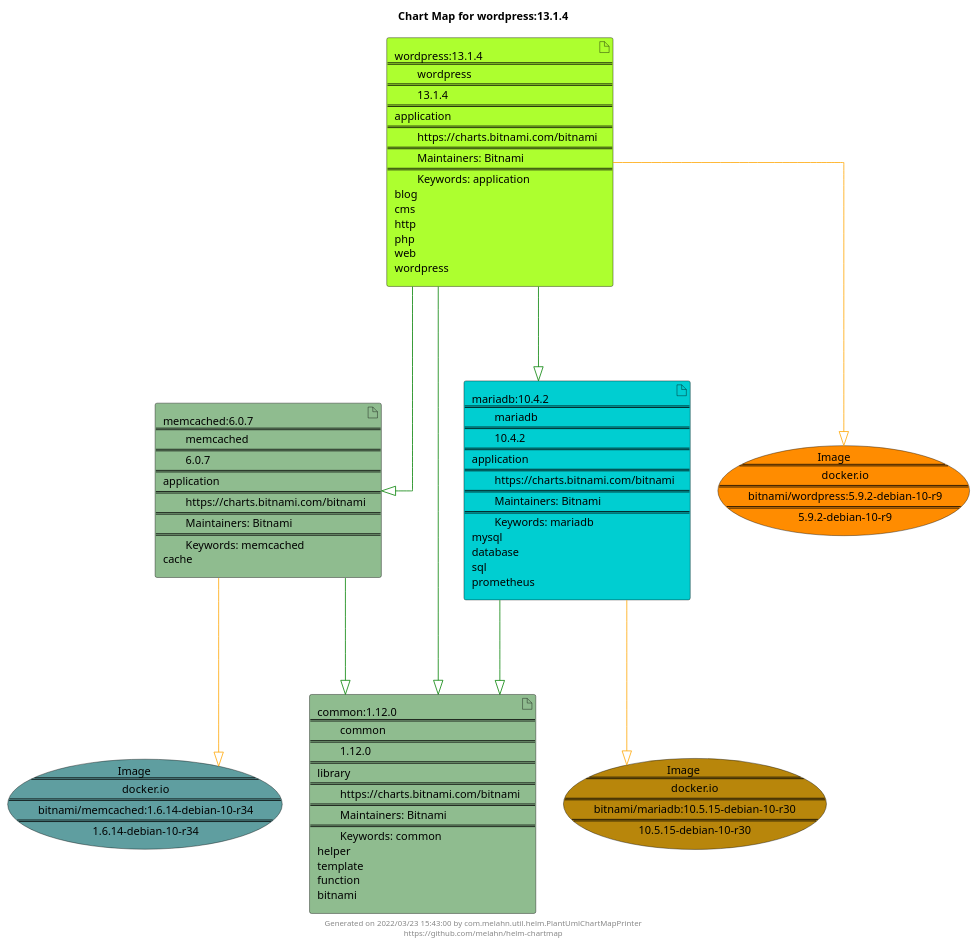
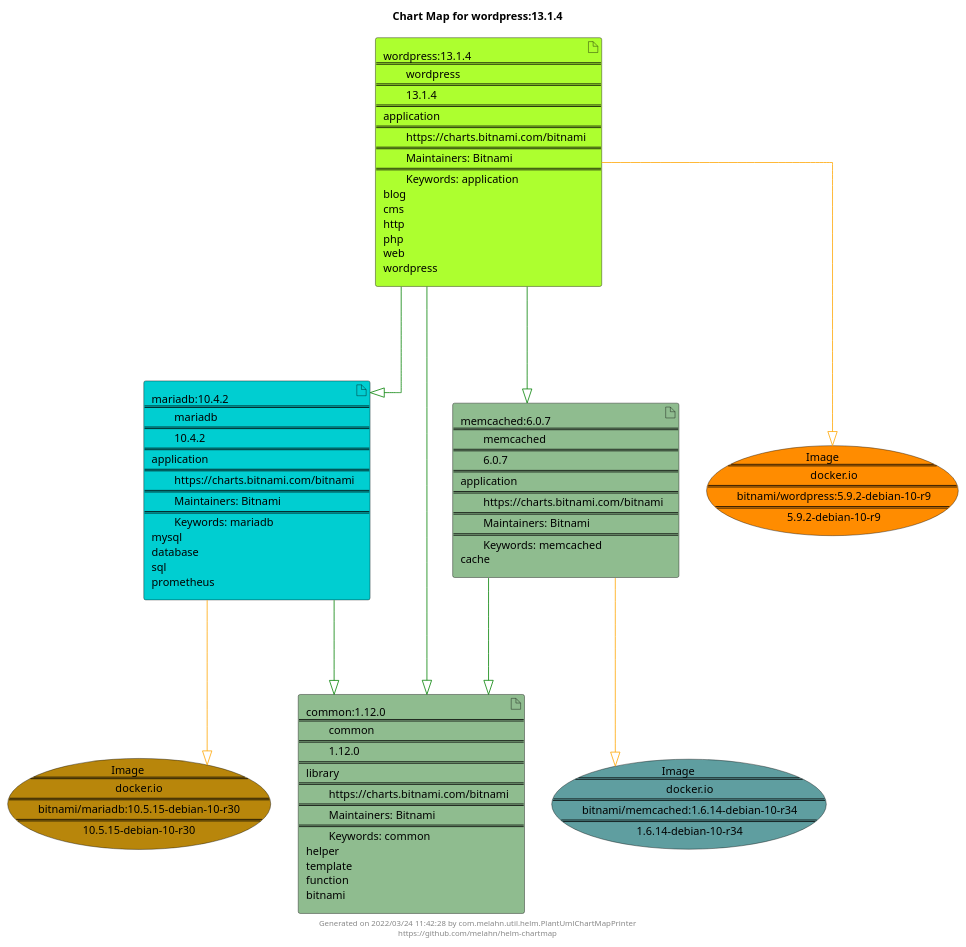
One commit to melahn/helm-chartmap changed the diagram in docs/wordpress/wordpress-13.1.4.puml. Above: the diagram before and after it, drawn with PlantUML. The commit also changed 54 other files, not shown here.

Commit message:
Update Example Chart Maps as part of GitHub build

```diff
--- a/docs/wordpress/wordpress-13.1.4.puml
+++ b/docs/wordpress/wordpress-13.1.4.puml
@@ -1,33 +1,33 @@
 @startuml
 skinparam linetype ortho
 skinparam backgroundColor white
 skinparam usecaseBorderColor black
 skinparam usecaseArrowColor LightSlateGray
 skinparam artifactBorderColor black
 skinparam artifactArrowColor LightSlateGray
 
 title Chart Map for wordpress:13.1.4
 
 'There are 4 referenced Helm Charts
 artifact "wordpress:13.1.4\n====\n\twordpress\n====\n\t13.1.4\n====\napplication\n====\n\thttps://charts.bitnami.com/bitnami\n====\n\tMaintainers: Bitnami\n====\n\tKeywords: application\nblog\ncms\nhttp\nphp\nweb\nwordpress" as wordpress_13_1_4 #GreenYellow
+artifact "mariadb:10.4.2\n====\n\tmariadb\n====\n\t10.4.2\n====\napplication\n====\n\thttps://charts.bitnami.com/bitnami\n====\n\tMaintainers: Bitnami\n====\n\tKeywords: mariadb\nmysql\ndatabase\nsql\nprometheus" as mariadb_10_4_2 #DarkTurquoise
 artifact "memcached:6.0.7\n====\n\tmemcached\n====\n\t6.0.7\n====\napplication\n====\n\thttps://charts.bitnami.com/bitnami\n====\n\tMaintainers: Bitnami\n====\n\tKeywords: memcached\ncache" as memcached_6_0_7 #DarkSeaGreen
-artifact "mariadb:10.4.2\n====\n\tmariadb\n====\n\t10.4.2\n====\napplication\n====\n\thttps://charts.bitnami.com/bitnami\n====\n\tMaintainers: Bitnami\n====\n\tKeywords: mariadb\nmysql\ndatabase\nsql\nprometheus" as mariadb_10_4_2 #DarkTurquoise
 artifact "common:1.12.0\n====\n\tcommon\n====\n\t1.12.0\n====\nlibrary\n====\n\thttps://charts.bitnami.com/bitnami\n====\n\tMaintainers: Bitnami\n====\n\tKeywords: common\nhelper\ntemplate\nfunction\nbitnami" as common_1_12_0 #DarkSeaGreen
 
 'There are 3 referenced Docker Images
 usecase "Image\n====\n\tdocker.io\n====\n\tbitnami/mariadb:10.5.15-debian-10-r30\n====\n\t10.5.15-debian-10-r30" as docker_io_bitnami_mariadb_10_5_15_debian_10_r30 #DarkGoldenRod
 usecase "Image\n====\n\tdocker.io\n====\n\tbitnami/memcached:1.6.14-debian-10-r34\n====\n\t1.6.14-debian-10-r34" as docker_io_bitnami_memcached_1_6_14_debian_10_r34 #CadetBlue
 usecase "Image\n====\n\tdocker.io\n====\n\tbitnami/wordpress:5.9.2-debian-10-r9\n====\n\t5.9.2-debian-10-r9" as docker_io_bitnami_wordpress_5_9_2_debian_10_r9 #Darkorange
 
 'Chart Dependencies
 wordpress_13_1_4--[#green]-|>common_1_12_0
+wordpress_13_1_4--[#green]-|>mariadb_10_4_2
+mariadb_10_4_2--[#green]-|>common_1_12_0
 wordpress_13_1_4--[#green]-|>memcached_6_0_7
 memcached_6_0_7--[#green]-|>common_1_12_0
-wordpress_13_1_4--[#green]-|>mariadb_10_4_2
-mariadb_10_4_2--[#green]-|>common_1_12_0
 wordpress_13_1_4--[#orange]-|>docker_io_bitnami_wordpress_5_9_2_debian_10_r9
+mariadb_10_4_2--[#orange]-|>docker_io_bitnami_mariadb_10_5_15_debian_10_r30
 memcached_6_0_7--[#orange]-|>docker_io_bitnami_memcached_1_6_14_debian_10_r34
-mariadb_10_4_2--[#orange]-|>docker_io_bitnami_mariadb_10_5_15_debian_10_r30
 
-center footer Generated on 2022/03/23 15:43:00 by com.melahn.util.helm.PlantUmlChartMapPrinter\nhttps://github.com/melahn/helm-chartmap
+center footer Generated on 2022/03/24 11:42:28 by com.melahn.util.helm.PlantUmlChartMapPrinter\nhttps://github.com/melahn/helm-chartmap
 @enduml
```
